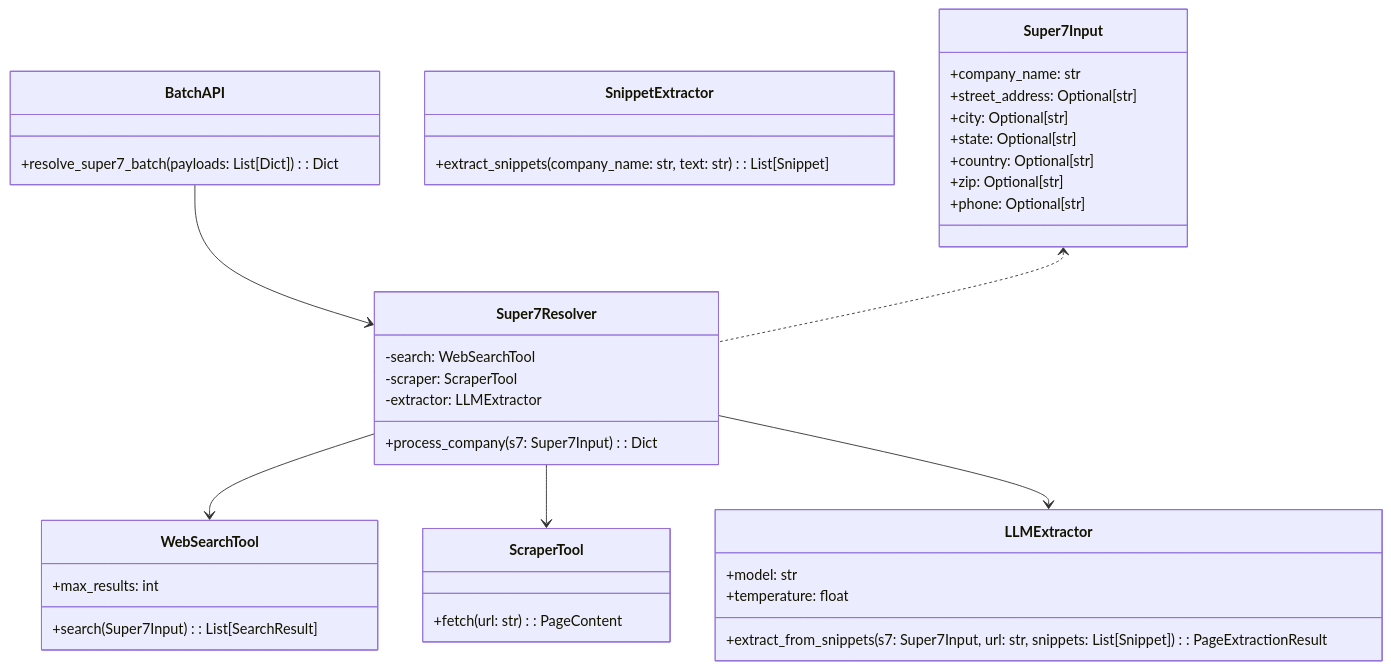
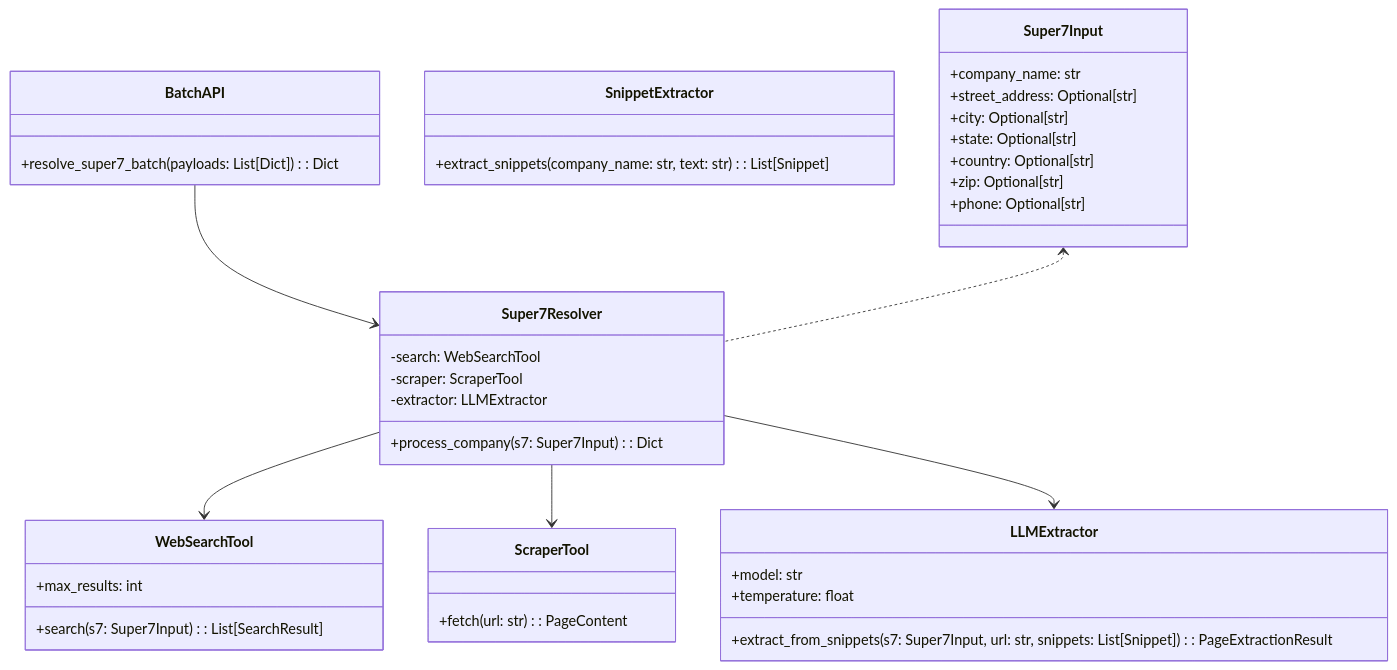
Before and after one commit to anuraaggampa/urlgenerator: the second of 6 diagrams in new_method_super7/README.md, drawn with Mermaid. The commit also changed other lines of this file, not shown here.

````diff
--- a/new_method_super7/README.md
+++ b/new_method_super7/README.md
@@ -75,48 +77,48 @@
 ```mermaid
 classDiagram
     class Super7Input {
       +company_name: str
       +street_address: Optional[str]
       +city: Optional[str]
       +state: Optional[str]
       +country: Optional[str]
       +zip: Optional[str]
       +phone: Optional[str]
     }
 
     class WebSearchTool {
       +max_results: int
-      +search(Super7Input): List[SearchResult]
+      +search(s7: Super7Input): List[SearchResult]
     }
 
     class ScraperTool {
       +fetch(url: str): PageContent
     }
 
     class SnippetExtractor {
       +extract_snippets(company_name: str, text: str): List[Snippet]
     }
 
     class LLMExtractor {
       +model: str
       +temperature: float
       +extract_from_snippets(s7: Super7Input, url: str, snippets: List[Snippet]): PageExtractionResult
     }
 
     class Super7Resolver {
       -search: WebSearchTool
       -scraper: ScraperTool
       -extractor: LLMExtractor
       +process_company(s7: Super7Input): Dict
     }
 
     class BatchAPI {
       +resolve_super7_batch(payloads: List[Dict]): Dict
     }
 
     Super7Resolver --> WebSearchTool
     Super7Resolver --> ScraperTool
     Super7Resolver --> LLMExtractor
     BatchAPI --> Super7Resolver
     Super7Input <.. Super7Resolver
 ```
````
